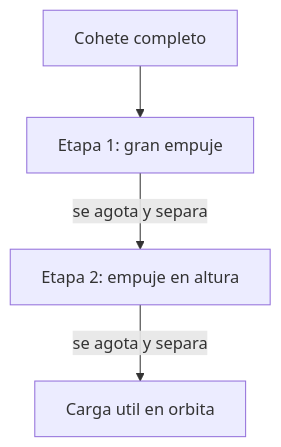
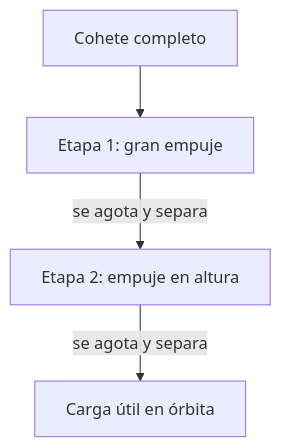
One commit to vladimiracunadev-create/machine-operator-program changed the third of 4 diagrams in vehiculos/naves-espaciales/operacion/sistemas-mecanicos-nave-espacial.md. Above: the diagram before and after it, drawn with Mermaid. The commit also changed other lines of this file and 442 other files, not shown here.

````diff
--- a/vehiculos/naves-espaciales/operacion/sistemas-mecanicos-nave-espacial.md
+++ b/vehiculos/naves-espaciales/operacion/sistemas-mecanicos-nave-espacial.md
@@ -67,6 +67,6 @@
 ```mermaid
 flowchart TD
     Total[Cohete completo] --> E1[Etapa 1: gran empuje]
     E1 -->|se agota y separa| E2[Etapa 2: empuje en altura]
-    E2 -->|se agota y separa| Carga[Carga util en orbita]
+    E2 -->|se agota y separa| Carga[Carga útil en órbita]
 ```
````
